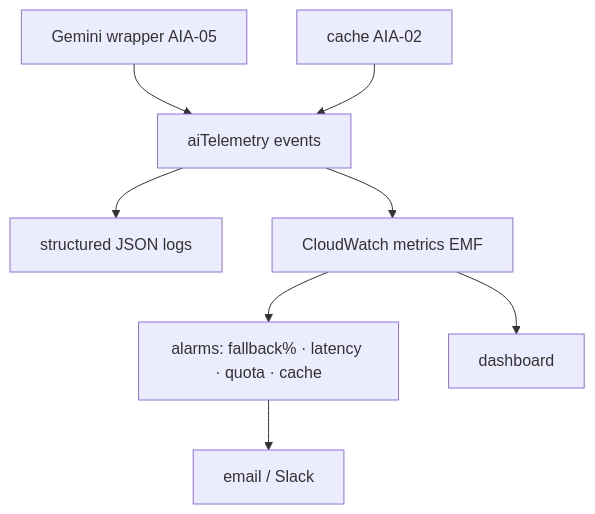
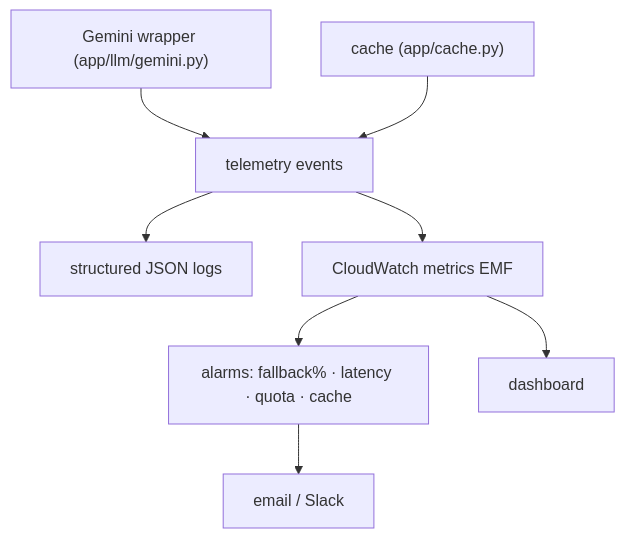
The second of 2 diagrams in docs/specifications/ai_features/stories/AIA-06-ai-observability.md (FixFlow-AI/FixFlow-AI-web), drawn with Mermaid before and after one commit. The commit also changed other lines of this file and 13 other files, not shown here.

````diff
--- a/docs/specifications/ai_features/stories/AIA-06-ai-observability.md
+++ b/docs/specifications/ai_features/stories/AIA-06-ai-observability.md
@@ -71,10 +73,10 @@
 ```mermaid
 flowchart TD
-    W[Gemini wrapper AIA-05] --> EV[aiTelemetry events]
-    C[cache AIA-02] --> EV
+    W["Gemini wrapper (app/llm/gemini.py)"] --> EV[telemetry events]
+    C["cache (app/cache.py)"] --> EV
     EV --> LOG[structured JSON logs]
     EV --> MET[CloudWatch metrics EMF]
     MET --> AL[alarms: fallback% · latency · quota · cache]
     MET --> DASH[dashboard]
     AL --> NOTIFY[email / Slack]
 ```
````
